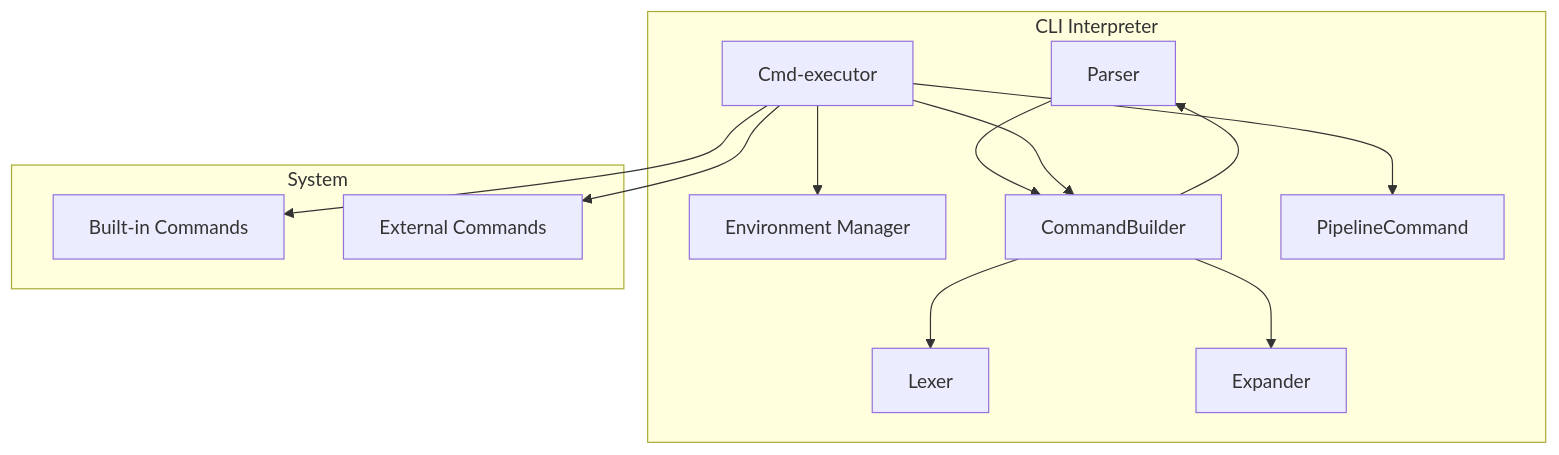
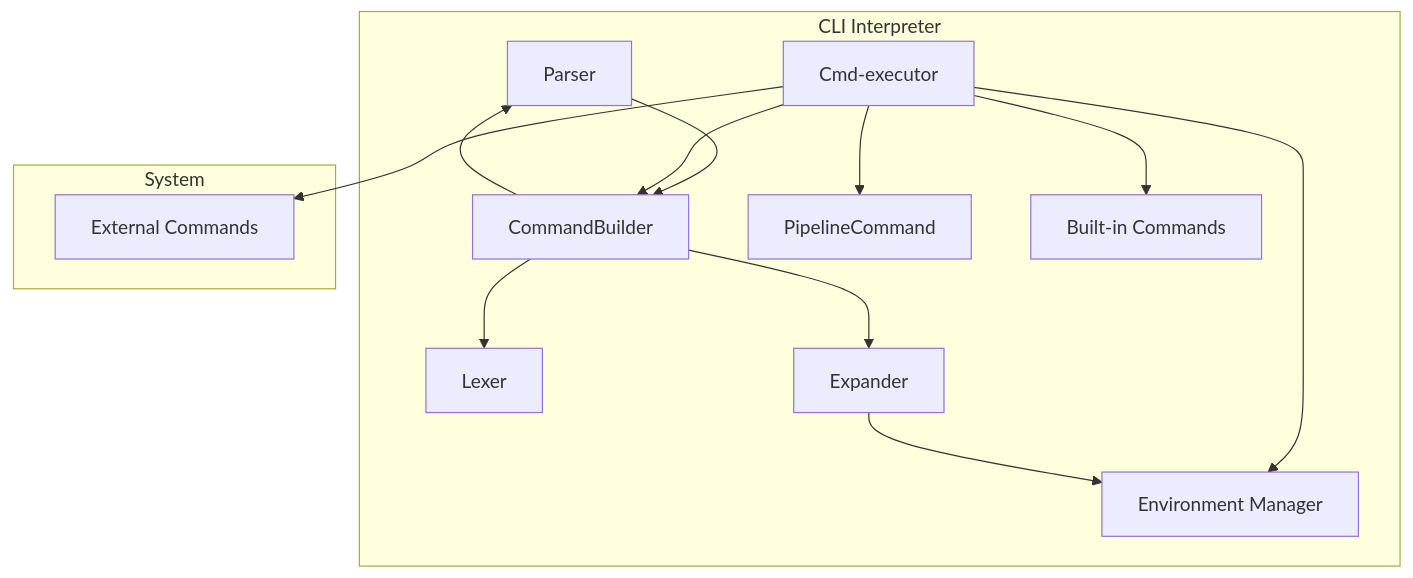
One commit to bersen66/software_design_course changed the diagram in task1/solution.md. Above: the diagram before and after it, drawn with Mermaid.

Commit message:
fix: add missing relations, move builtin from system to cli

````diff
--- a/task1/solution.md
+++ b/task1/solution.md
@@ -57,27 +57,28 @@
 ```mermaid
 flowchart TB
     subgraph CLI [CLI Interpreter]
         lexer[Lexer]
         parser[Parser]
         expander[Expander]
         env[Environment Manager]
         executor[Cmd-executor]
         builder[CommandBuilder]
         pipeline[PipelineCommand]
+        intCmd[Built-in Commands]
     end
 
     subgraph System
-        intCmd[Built-in Commands]
         extCmd[External Commands]
     end
 
     builder --> lexer
     builder --> parser
     builder --> expander
     parser --> builder
     executor --> builder
     executor --> env
     executor --> intCmd
     executor --> extCmd
     executor --> pipeline
+    expander --> env
 ```
````
